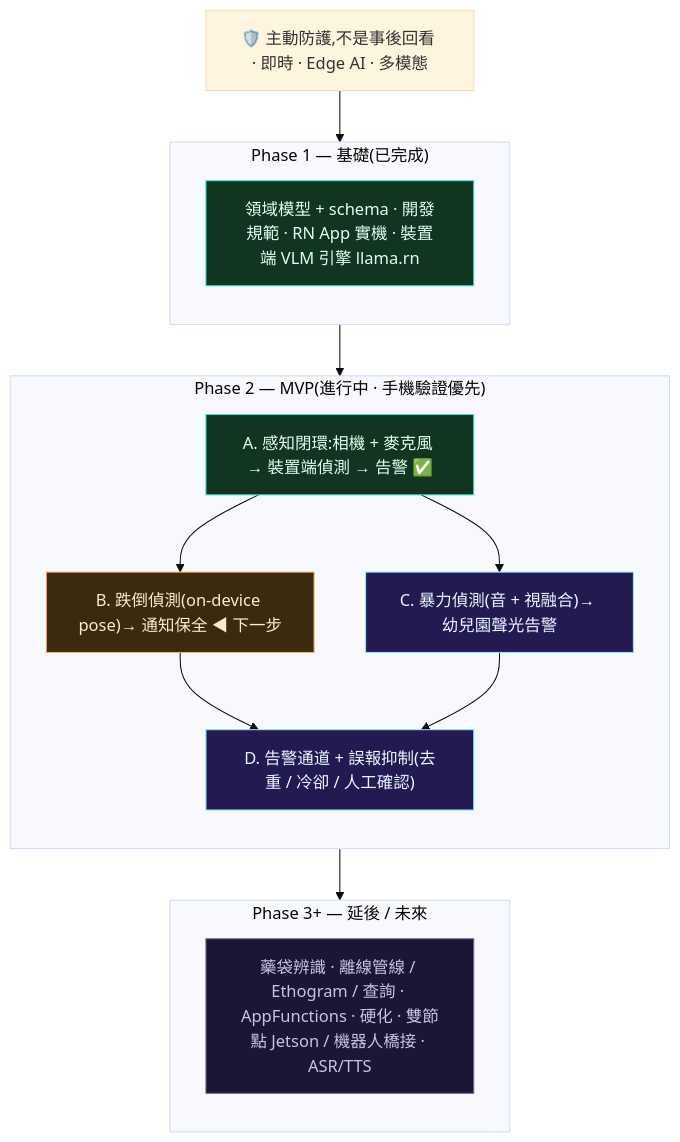
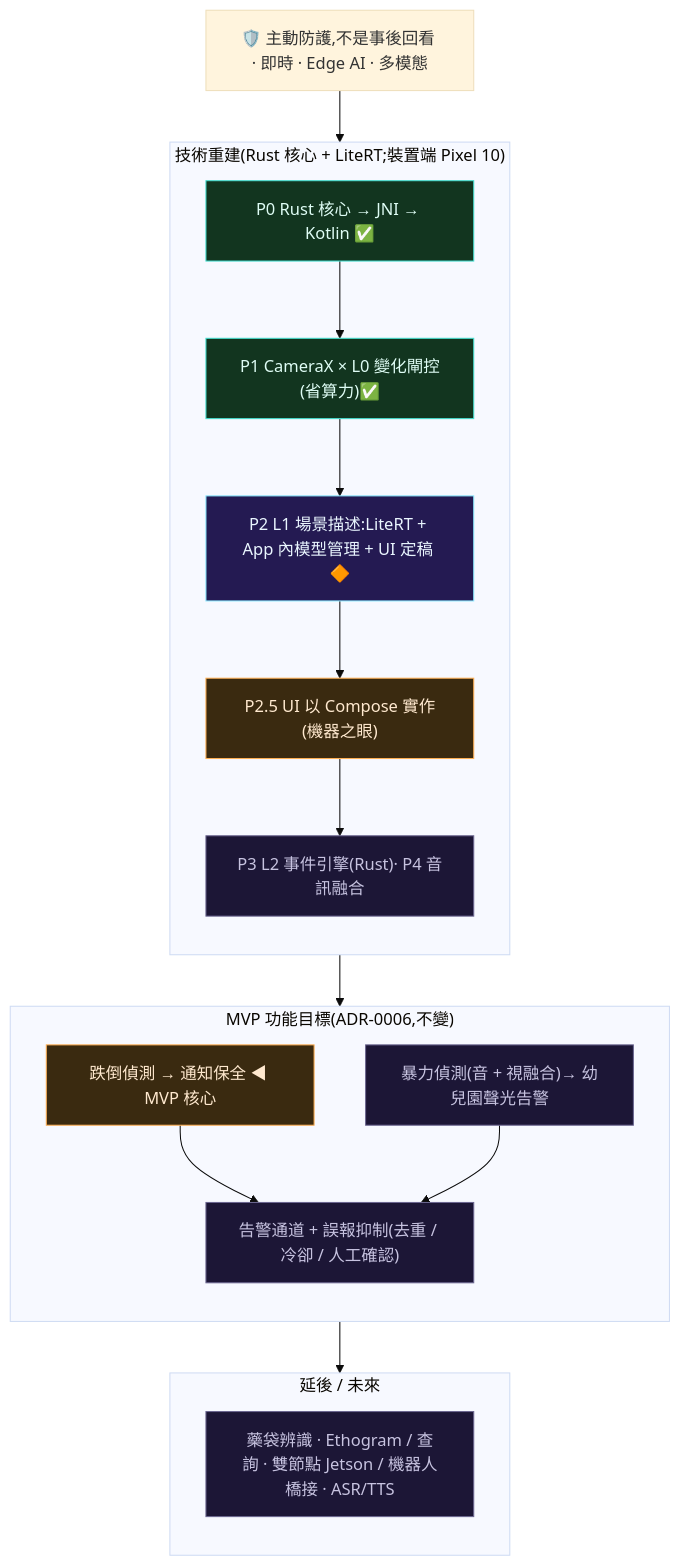
The diagram in README.md (TingFengChou/claustrum), drawn with Mermaid (base theme) before and after one commit. The commit also changed other lines of this file and 3 other files, not shown here.

First line of the commit message:
chore: 加入 AI reviewer 設定(Gemini App / Codex)+ 修正 README 路線圖 (#21)

````diff
--- a/README.md
+++ b/README.md
@@ -63,35 +63,39 @@
 ```mermaid
 flowchart TD
   T["🛡️ 主動防護,不是事後回看 · 即時 · Edge AI · 多模態"]
 
-  subgraph P1["Phase 1 — 基礎(已完成)"]
+  subgraph TECH["技術重建(Rust 核心 + LiteRT;裝置端 Pixel 10)"]
     direction TB
-    P1a["領域模型 + schema · 開發規範 · RN App 實機 · 裝置端 VLM 引擎 llama.rn"]
+    P0["P0 Rust 核心 → JNI → Kotlin ✅"]
+    P1["P1 CameraX × L0 變化閘控(省算力)✅"]
+    P2["P2 L1 場景描述:LiteRT + App 內模型管理 + UI 定稿 🔶"]
+    P25["P2.5 UI 以 Compose 實作(機器之眼)"]
+    P3T["P3 L2 事件引擎(Rust)· P4 音訊融合"]
+    P0 --> P1 --> P2 --> P25 --> P3T
   end
 
-  subgraph P2["Phase 2 — MVP(進行中 · 手機驗證優先)"]
+  subgraph MVP["MVP 功能目標(ADR-0006,不變)"]
     direction TB
-    A["A. 感知閉環:相機 + 麥克風 → 裝置端偵測 → 告警 ✅"]
-    B["B. 跌倒偵測(on-device pose)→ 通知保全 ◀ 下一步"]
-    C["C. 暴力偵測(音 + 視融合)→ 幼兒園聲光告警"]
-    D["D. 告警通道 + 誤報抑制(去重 / 冷卻 / 人工確認)"]
-    A --> B --> D
-    A --> C --> D
+    B["跌倒偵測 → 通知保全 ◀ MVP 核心"]
+    C["暴力偵測(音 + 視融合)→ 幼兒園聲光告警"]
+    D["告警通道 + 誤報抑制(去重 / 冷卻 / 人工確認)"]
+    B --> D
+    C --> D
   end
 
-  subgraph P3["Phase 3+ — 延後 / 未來"]
+  subgraph LATER["延後 / 未來"]
     direction TB
-    F["藥袋辨識 · 離線管線 / Ethogram / 查詢 · AppFunctions · 硬化 · 雙節點 Jetson / 機器人橋接 · ASR/TTS"]
+    F["藥袋辨識 · Ethogram / 查詢 · 雙節點 Jetson / 機器人橋接 · ASR/TTS"]
   end
 
-  T --> P1 --> P2 --> P3
+  T --> TECH --> MVP --> LATER
 
   classDef done fill:#12351f,stroke:#43e0d0,color:#dffdf5;
   classDef now fill:#241a52,stroke:#8be9ff,color:#eaf6ff;
   classDef next fill:#3a2a10,stroke:#ffb054,color:#ffe9cf;
   classDef future fill:#1c1636,stroke:#6b6690,color:#c7c3e0;
-  class P1a,A done;
-  class C,D now;
-  class B next;
-  class F future;
+  class P0,P1 done;
+  class P2 now;
+  class P25,B next;
+  class C,D,P3T,F future;
 ```
````
